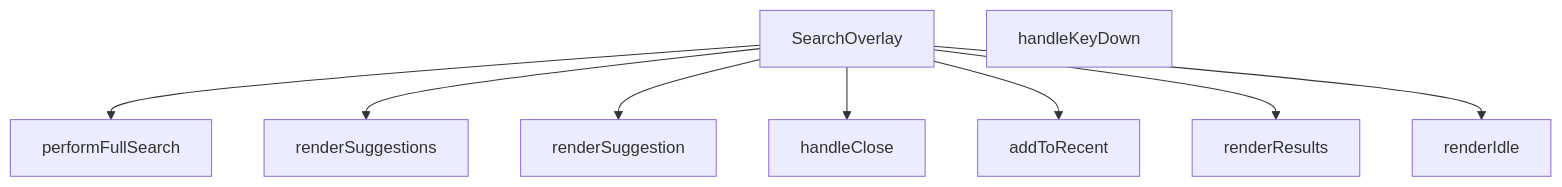
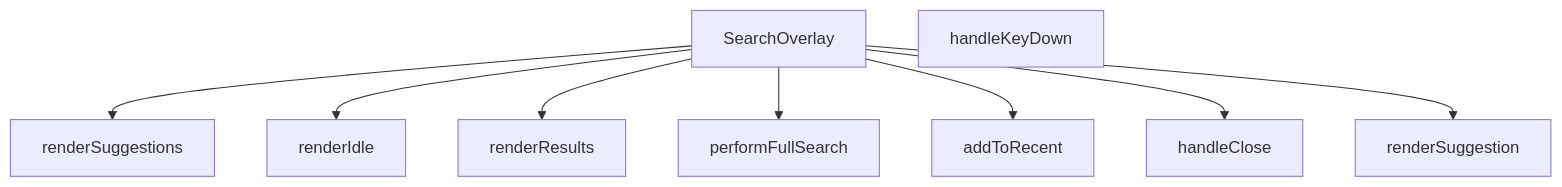
One commit to peckop/venthub-hvac-esite changed the diagram in src/components/SearchOverlay.md. Above: the diagram before and after it, drawn with Mermaid. The commit also changed other lines of this file and 113 other files, not shown here.

````diff
--- a/src/components/SearchOverlay.md
+++ b/src/components/SearchOverlay.md
@@ -287,19 +236,19 @@
 ```mermaid
 graph TD
     SearchOverlay_tsx__SearchOverlay["SearchOverlay"]
     SearchOverlay_tsx__addToRecent["addToRecent"]
     SearchOverlay_tsx__handleClose["handleClose"]
     SearchOverlay_tsx__handleKeyDown["handleKeyDown"]
     SearchOverlay_tsx__performFullSearch["performFullSearch"]
     SearchOverlay_tsx__renderIdle["renderIdle"]
     SearchOverlay_tsx__renderResults["renderResults"]
     SearchOverlay_tsx__renderSuggestion["renderSuggestion"]
     SearchOverlay_tsx__renderSuggestions["renderSuggestions"]
+    SearchOverlay_tsx__SearchOverlay --> SearchOverlay_tsx__renderSuggestions
+    SearchOverlay_tsx__SearchOverlay --> SearchOverlay_tsx__renderIdle
+    SearchOverlay_tsx__SearchOverlay --> SearchOverlay_tsx__renderResults
     SearchOverlay_tsx__SearchOverlay --> SearchOverlay_tsx__performFullSearch
-    SearchOverlay_tsx__SearchOverlay --> SearchOverlay_tsx__renderSuggestions
+    SearchOverlay_tsx__SearchOverlay --> SearchOverlay_tsx__addToRecent
+    SearchOverlay_tsx__SearchOverlay --> SearchOverlay_tsx__handleClose
     SearchOverlay_tsx__SearchOverlay --> SearchOverlay_tsx__renderSuggestion
-    SearchOverlay_tsx__SearchOverlay --> SearchOverlay_tsx__handleClose
-    SearchOverlay_tsx__SearchOverlay --> SearchOverlay_tsx__addToRecent
-    SearchOverlay_tsx__SearchOverlay --> SearchOverlay_tsx__renderResults
-    SearchOverlay_tsx__SearchOverlay --> SearchOverlay_tsx__renderIdle
 ```
````
